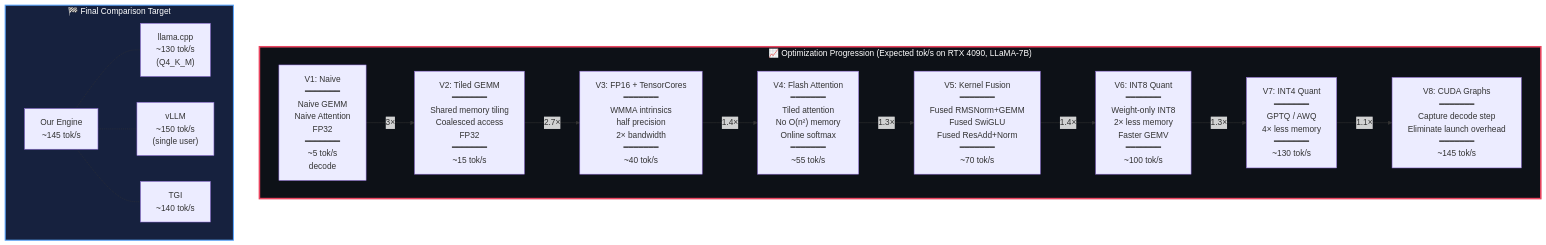
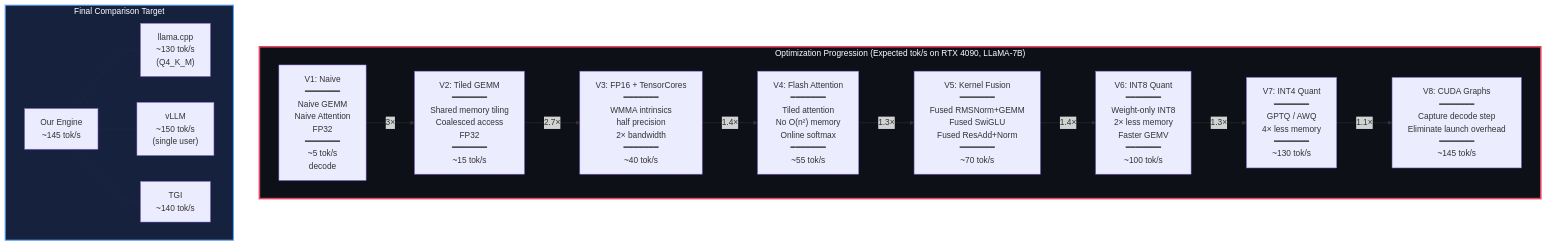
One commit to samudragupto/llm-cuda-engine-stable changed the sixth of 9 diagrams in readme.md. Above: the diagram before and after it, drawn with Mermaid. The commit also changed other lines of this file and 7 other files, not shown here.

````diff
--- a/readme.md
+++ b/readme.md
@@ -412,38 +374,38 @@
 ```mermaid
 graph TB
-    subgraph OPT_PROGRESSION["📈 Optimization Progression (Expected tok/s on RTX 4090, LLaMA-7B)"]
+    subgraph OPT_PROGRESSION["Optimization Progression (Expected tok/s on RTX 4090, LLaMA-7B)"]
         direction LR
 
         V1["V1: Naive<br/>━━━━━━━<br/>Naive GEMM<br/>Naive Attention<br/>FP32<br/>━━━━━━━<br/>~5 tok/s<br/>decode"]
 
         V2["V2: Tiled GEMM<br/>━━━━━━━<br/>Shared memory tiling<br/>Coalesced access<br/>FP32<br/>━━━━━━━<br/>~15 tok/s"]
 
         V3["V3: FP16 + TensorCores<br/>━━━━━━━<br/>WMMA intrinsics<br/>half precision<br/>2× bandwidth<br/>━━━━━━━<br/>~40 tok/s"]
 
         V4["V4: Flash Attention<br/>━━━━━━━<br/>Tiled attention<br/>No O(n²) memory<br/>Online softmax<br/>━━━━━━━<br/>~55 tok/s"]
 
         V5["V5: Kernel Fusion<br/>━━━━━━━<br/>Fused RMSNorm+GEMM<br/>Fused SwiGLU<br/>Fused ResAdd+Norm<br/>━━━━━━━<br/>~70 tok/s"]
 
         V6["V6: INT8 Quant<br/>━━━━━━━<br/>Weight-only INT8<br/>2× less memory<br/>Faster GEMV<br/>━━━━━━━<br/>~100 tok/s"]
 
         V7["V7: INT4 Quant<br/>━━━━━━━<br/>GPTQ / AWQ<br/>4× less memory<br/>━━━━━━━<br/>~130 tok/s"]
 
         V8["V8: CUDA Graphs<br/>━━━━━━━<br/>Capture decode step<br/>Eliminate launch overhead<br/>━━━━━━━<br/>~145 tok/s"]
 
         V1 -->|"3×"| V2 -->|"2.7×"| V3 -->|"1.4×"| V4 -->|"1.3×"| V5 -->|"1.4×"| V6 -->|"1.3×"| V7 -->|"1.1×"| V8
     end
 
-    subgraph COMPARISON["🏁 Final Comparison Target"]
+    subgraph COMPARISON["Final Comparison Target"]
         OURS["Our Engine<br/>~145 tok/s"]
         LLAMA_CPP["llama.cpp<br/>~130 tok/s<br/>(Q4_K_M)"]
         VLLM["vLLM<br/>~150 tok/s<br/>(single user)"]
         TGI["TGI<br/>~140 tok/s"]
 
         OURS -.- LLAMA_CPP
         OURS -.- VLLM
         OURS -.- TGI
     end
 
     style OPT_PROGRESSION fill:#0d1117,stroke:#e94560,stroke-width:3px,color:#fff
     style COMPARISON fill:#16213e,stroke:#58a6ff,stroke-width:2px,color:#fff
 ```
````
